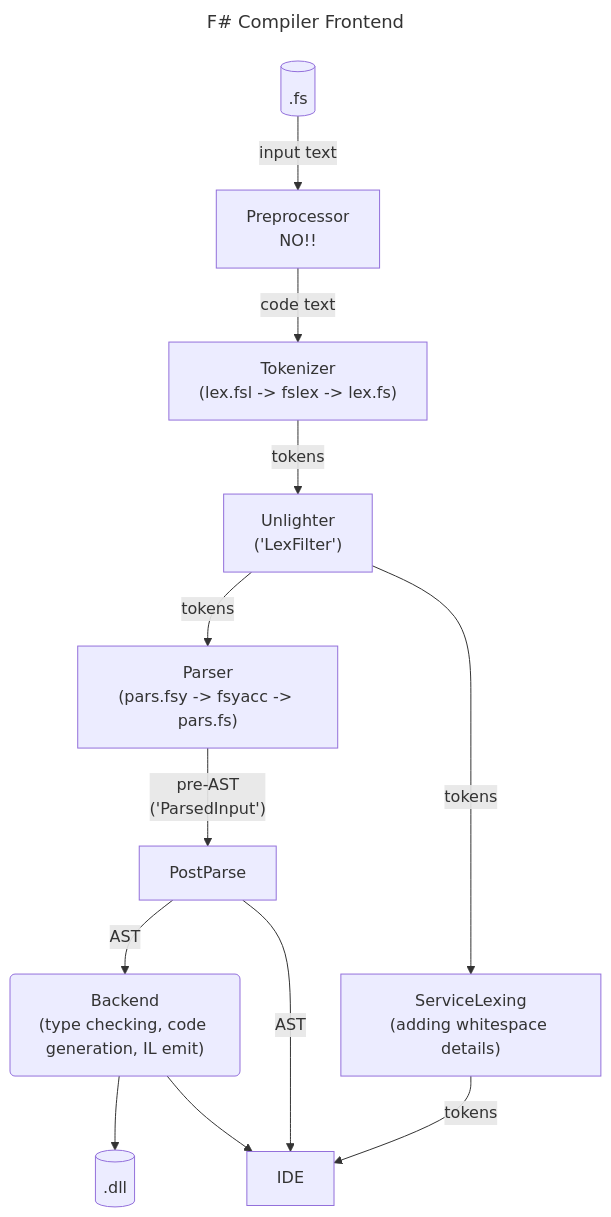
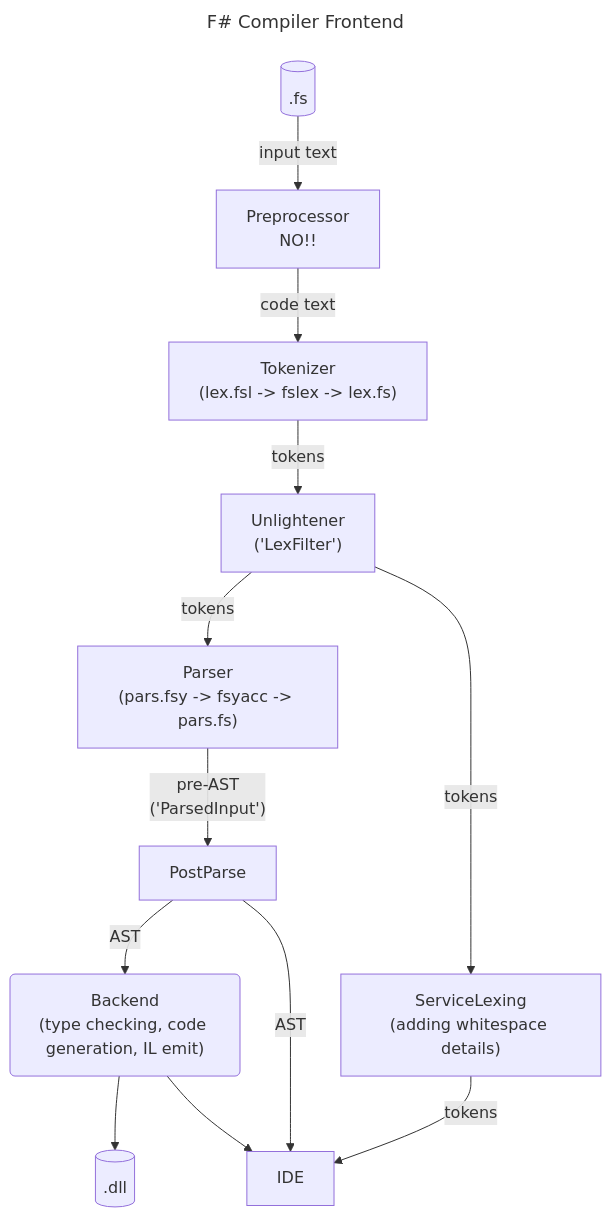
The diagram in CompilerFlowChart.md (Martin521/Review2412), drawn with Mermaid before and after one commit. The commit also changed 1 other file, not shown here.

Commit message:
further small changes

````diff
--- a/CompilerFlowChart.md
+++ b/CompilerFlowChart.md
@@ -1,32 +1,32 @@
 ```mermaid
 ---
 title: F# Compiler Frontend
 ---
 graph TB
   A[(.fs)]
     -- input text --> 
   Pre["`Preprocessor
     NO!!`"]
     -- code text -->
   T["`Tokenizer
     (lex.fsl -> fslex -> lex.fs)`"]
     -- tokens -->
-  U["`Unlighter
+  U["`Unlightener
     ('LexFilter')`"]
     -- tokens -->
   P["`Parser
     (pars.fsy -> fsyacc -> pars.fs)`"]
     -- "`pre-AST
     ('ParsedInput')`" -->
   PostParse -- AST -->
   B("`Backend
     (type checking, code generation, IL emit)`")
     --> E[(.dll)]
   U -- tokens -->
   S["`ServiceLexing
     (adding whitespace details)`"]
     -- tokens -->
   IDE
   B --> IDE
   PostParse -- AST --> IDE
 ```
````
